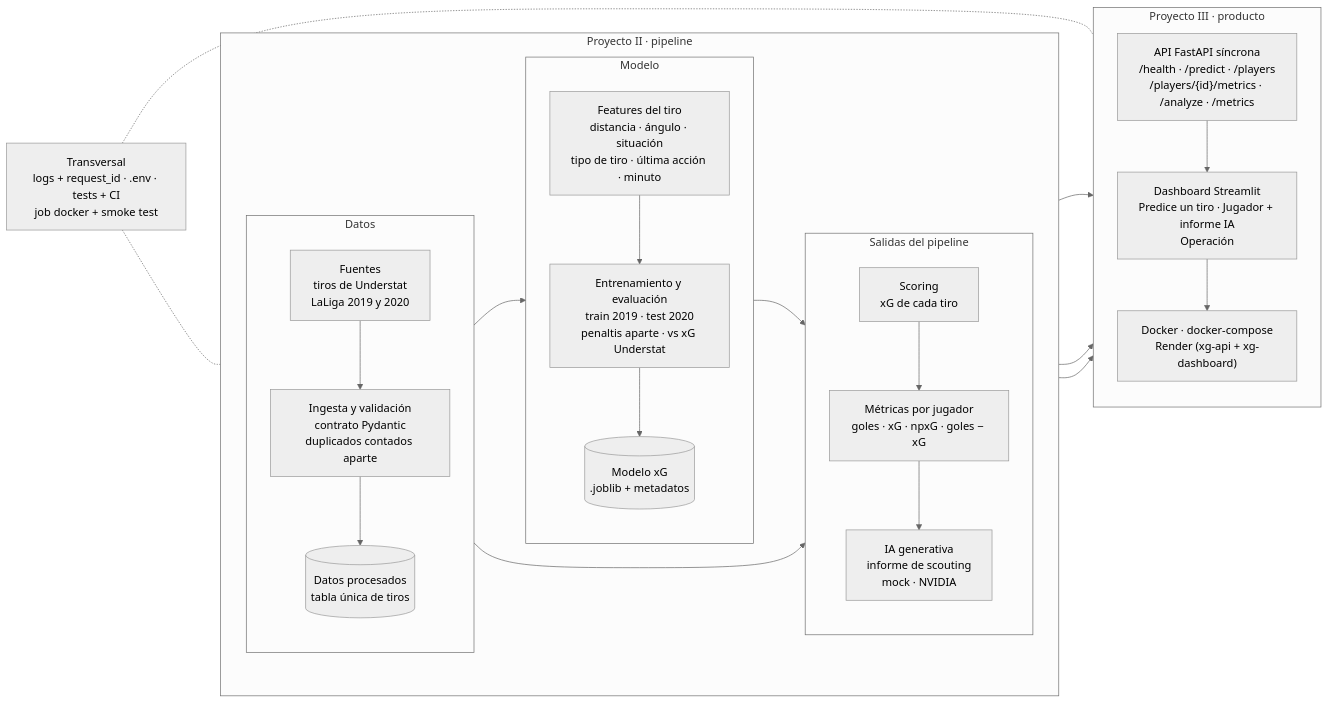
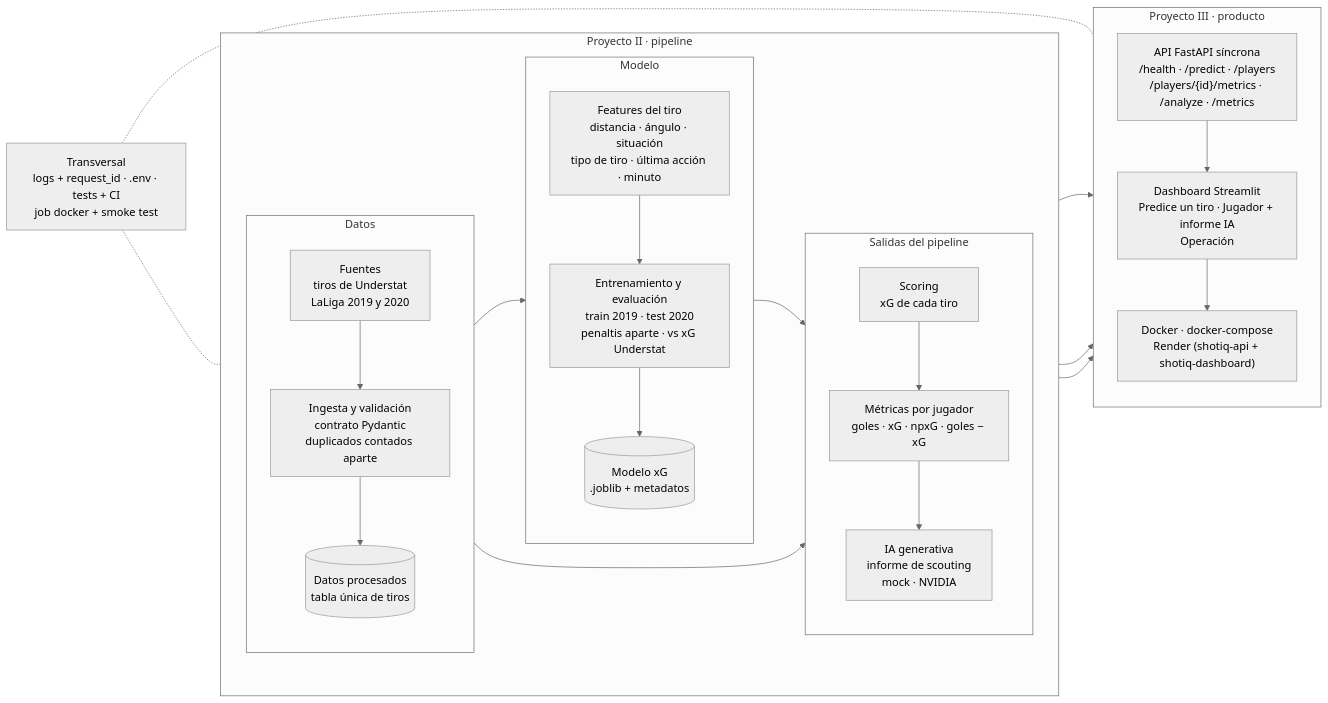
Before and after one commit to carlosagustii/dsia-26-27-agusti-carlos: the diagram in docs/ARQUITECTURA.md, drawn with Mermaid (neutral theme). The commit also changed other lines of this file and 9 other files, not shown here.

Commit message:
chore: renombro el proyecto a ShotIQ (README, docs, API, dashboard, Docker, CI y Render)

````diff
--- a/docs/ARQUITECTURA.md
+++ b/docs/ARQUITECTURA.md
@@ -38,35 +38,35 @@
 ```mermaid
 flowchart LR
   subgraph P2["Proyecto II · pipeline"]
     direction LR
     subgraph DATOS["Datos"]
       direction TB
       F["Fuentes<br/>tiros de Understat<br/>LaLiga 2019 y 2020"] --> I["Ingesta y validación<br/>contrato Pydantic<br/>duplicados contados aparte"] --> D[("Datos procesados<br/>tabla única de tiros")]
     end
     subgraph MODELO["Modelo"]
       direction TB
       FE["Features del tiro<br/>distancia · ángulo · situación<br/>tipo de tiro · última acción · minuto"] --> T["Entrenamiento y evaluación<br/>train 2019 · test 2020<br/>penaltis aparte · vs xG Understat"] --> M[("Modelo xG<br/>.joblib + metadatos")]
     end
     subgraph SALIDAS["Salidas del pipeline"]
       direction TB
       S["Scoring<br/>xG de cada tiro"] --> P["Métricas por jugador<br/>goles · xG · npxG · goles − xG"] --> G["IA generativa<br/>informe de scouting<br/>mock · NVIDIA"]
     end
   end
 
   subgraph P3["Proyecto III · producto"]
     direction TB
     A["API FastAPI síncrona<br/>/health · /predict · /players<br/>/players/{id}/metrics · /analyze · /metrics"] --> C["Dashboard Streamlit<br/>Predice un tiro · Jugador + informe IA<br/>Operación"]
-    C --> R["Docker · docker-compose<br/>Render (xg-api + xg-dashboard)"]
+    C --> R["Docker · docker-compose<br/>Render (shotiq-api + shotiq-dashboard)"]
   end
 
   X["Transversal<br/>logs + request_id · .env · tests + CI<br/>job docker + smoke test"]
 
   D --> FE
   M --> S
   D --> S
   M --> A
   P --> A
   G --> A
   X -.- P2
   X -.- P3
 ```
````
